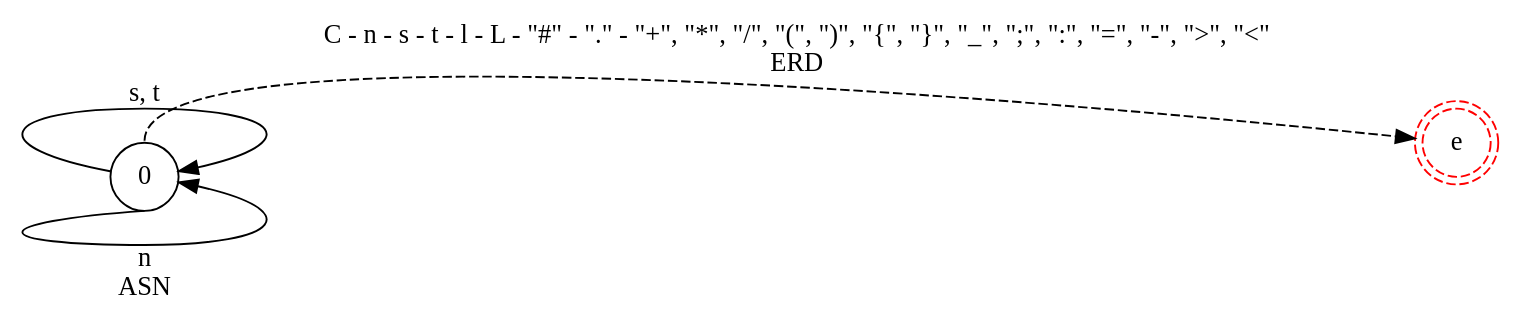
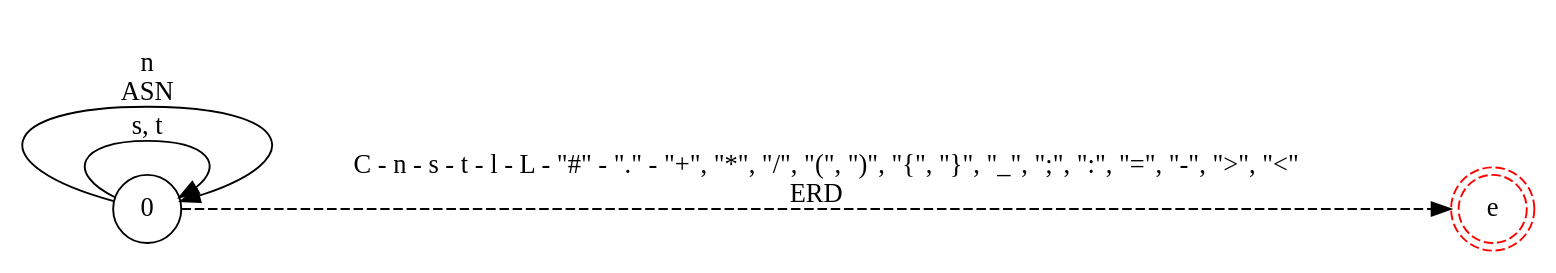
The diagram in resources/diagrams/errors/discard.dot (iroumec/RouVel-Compiler), drawn with Graphviz before and after one commit. The commit also changed 11 other files, not shown here.

```diff
--- a/resources/diagrams/errors/discard.dot
+++ b/resources/diagrams/errors/discard.dot
@@ -1,9 +1,9 @@
 digraph DFA {
     rankdir = LR;
     node [shape = circle;];
     e [shape = doublecircle;style = dashed;color = red;];
     
     0 -> 0 [label = "s, t";];
-    0 -> 0 [label = "n \n ASN"; tailport = s;];
-    0 -> e [label = "C - n - s - t - l - L - \"#\" - \".\" - \"+\", \"*\", \"/\", \"(\", \")\", \"{\", \"}\", \"_\", \";\", \":\", \"=\", \"-\", \">\", \"<\" \n ERD"; style = dashed; tailport = n;];
+    0 -> 0 [label = "n \n ASN";];
+    0 -> e [label = "    C - n - s - t - l - L - \"#\" - \".\" - \"+\", \"*\", \"/\", \"(\", \")\", \"{\", \"}\", \"_\", \";\", \":\", \"=\", \"-\", \">\", \"<\" \n ERD"; style = dashed;];
 }
```
